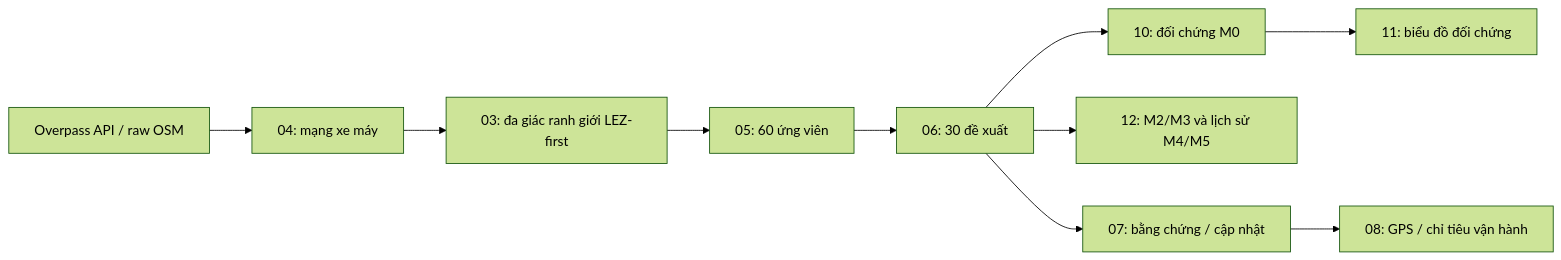
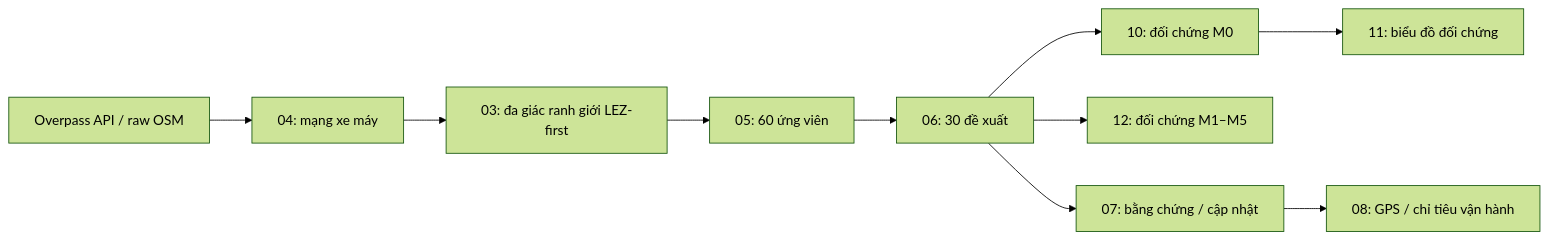
One commit to quanhhg/lez-road changed the diagram in README.md. Above: the diagram before and after it, drawn with Mermaid (forest theme). The commit also changed other lines of this file and 8 other files, not shown here.

````diff
--- a/README.md
+++ b/README.md
@@ -24,12 +24,12 @@
 ```mermaid
 flowchart LR
     O[Overpass API / raw OSM] --> N[04: mạng xe máy]
     N --> B[03: đa giác ranh giới LEZ-first]
     B --> C[05: 60 ứng viên]
     C --> S[06: 30 đề xuất]
     S --> M[10: đối chứng M0]
-    S --> K[12: M2/M3 và lịch sử M4/M5]
+    S --> K[12: đối chứng M1–M5]
     M --> P[11: biểu đồ đối chứng]
     S --> F[07: bằng chứng / cập nhật]
     F --> G[08: GPS / chỉ tiêu vận hành]
 ```
````
